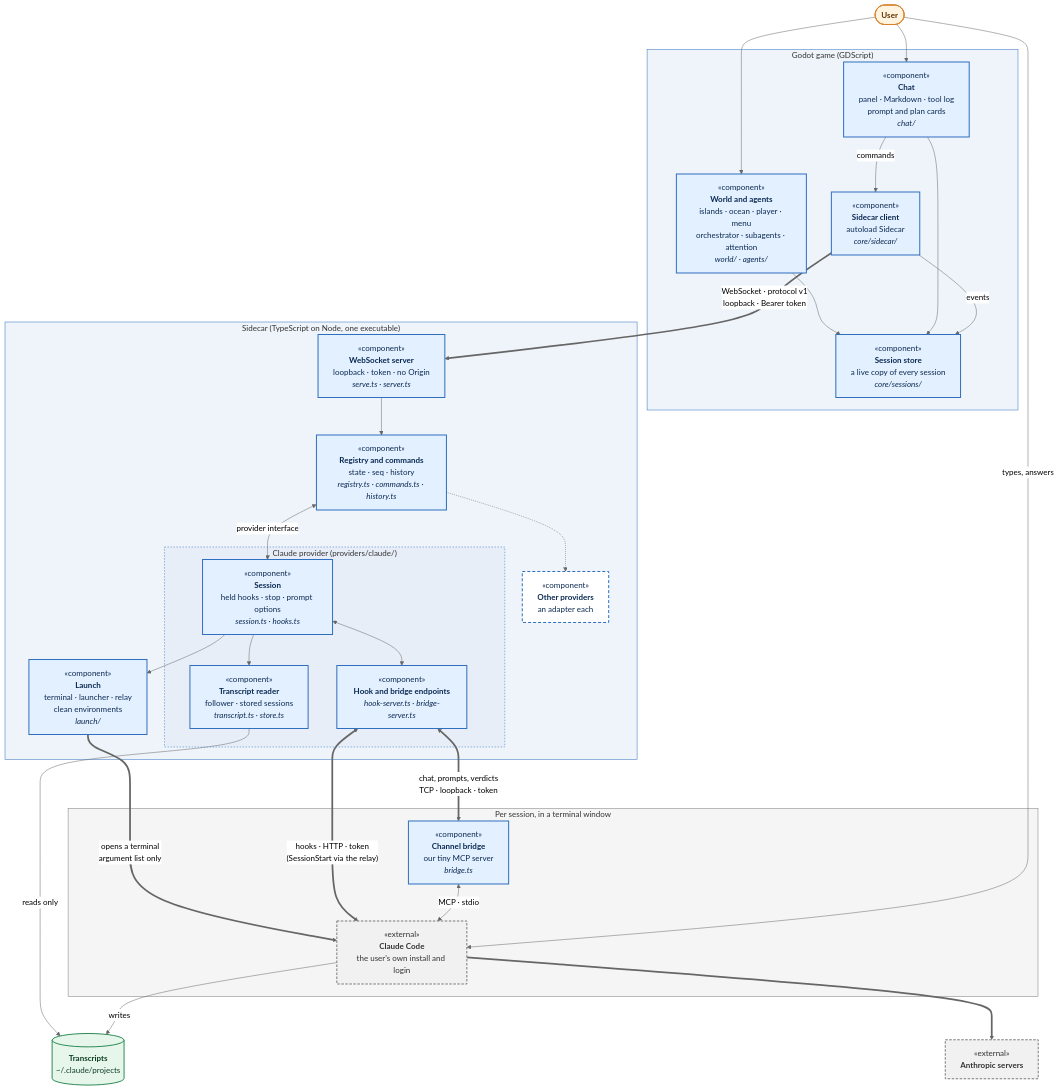
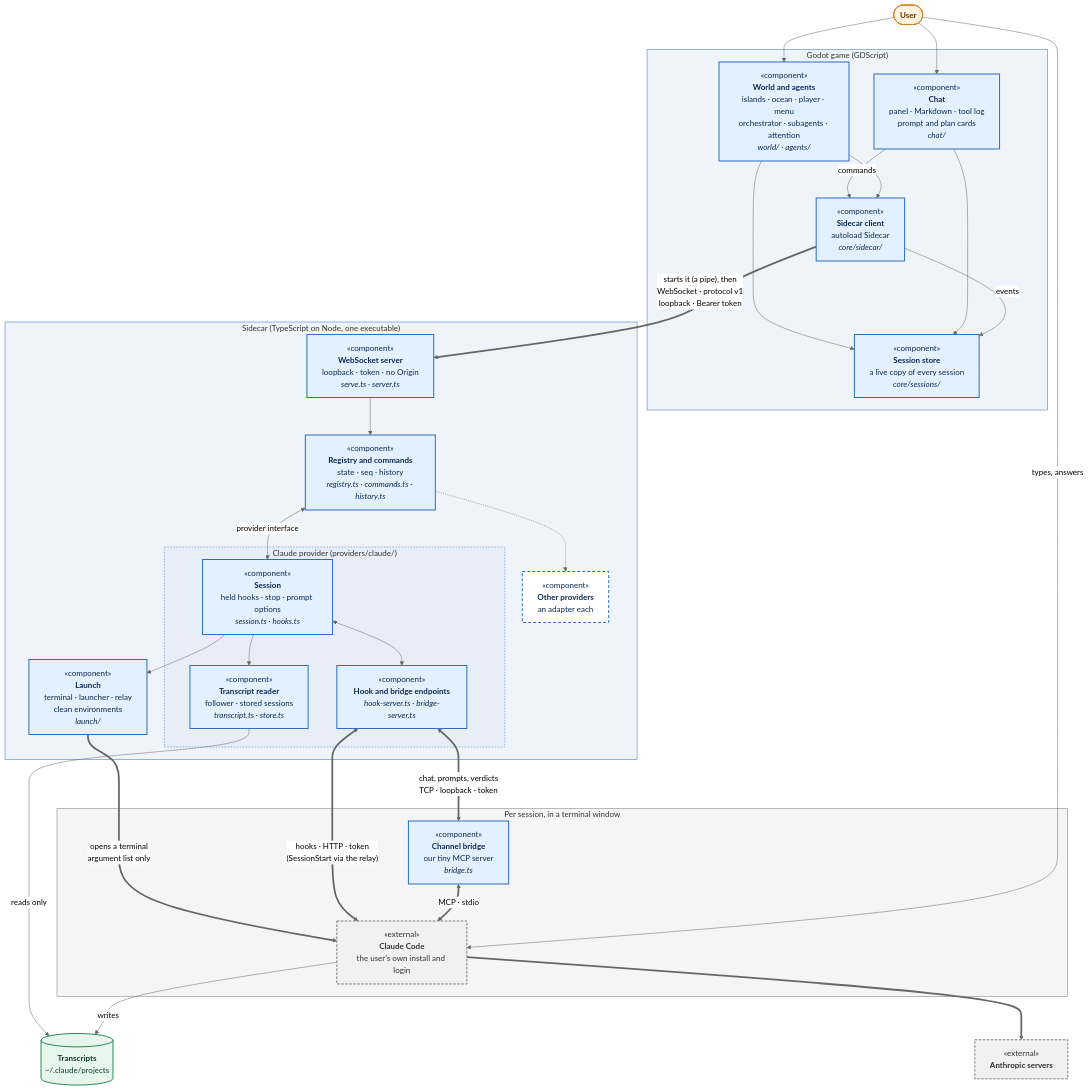
Before and after one commit to PaoloPortugal/The-Beach: the diagram in NOTES.md, drawn with Mermaid (neutral theme). The commit also changed other lines of this file and 4 other files, not shown here.

First line of the commit message:
Diagrams: fixes from docs-sync

````diff
--- a/NOTES.md
+++ b/NOTES.md
@@ -131,67 +131,68 @@
 ```mermaid
 flowchart TB
     user(["<b>User</b>"]):::actor
 
     subgraph game["Godot game (GDScript)"]
         world["«component»<br/><b>World and agents</b><br/>islands · ocean · player · menu<br/>orchestrator · subagents · attention<br/><i>world/ · agents/</i>"]:::component
         chat["«component»<br/><b>Chat</b><br/>panel · Markdown · tool log<br/>prompt and plan cards<br/><i>chat/</i>"]:::component
         store["«component»<br/><b>Session store</b><br/>a live copy of every session<br/><i>core/sessions/</i>"]:::component
         client["«component»<br/><b>Sidecar client</b><br/>autoload Sidecar<br/><i>core/sidecar/</i>"]:::component
     end
 
     subgraph sidecar["Sidecar (TypeScript on Node, one executable)"]
         ws["«component»<br/><b>WebSocket server</b><br/>loopback · token · no Origin<br/><i>serve.ts · server.ts</i>"]:::component
         registry["«component»<br/><b>Registry and commands</b><br/>state · seq · history<br/><i>registry.ts · commands.ts · history.ts</i>"]:::component
         subgraph sc_claude["Claude provider (providers/claude/)"]
             session["«component»<br/><b>Session</b><br/>held hooks · stop · prompt options<br/><i>session.ts · hooks.ts</i>"]:::component
             endpoints["«component»<br/><b>Hook and bridge endpoints</b><br/><i>hook-server.ts · bridge-server.ts</i>"]:::component
             reader["«component»<br/><b>Transcript reader</b><br/>follower · stored sessions<br/><i>transcript.ts · store.ts</i>"]:::component
         end
         other["«component»<br/><b>Other providers</b><br/>an adapter each"]:::planned
         launch["«component»<br/><b>Launch</b><br/>terminal · launcher · relay<br/>clean environments<br/><i>launch/</i>"]:::component
     end
 
     subgraph per_session["Per session, in a terminal window"]
         claude["«external»<br/><b>Claude Code</b><br/>the user's own install and login"]:::external
         bridge["«component»<br/><b>Channel bridge</b><br/>our tiny MCP server<br/><i>bridge.ts</i>"]:::component
     end
 
     transcripts[("<b>Transcripts</b><br/>~/.claude/projects")]:::database
     anthropic["«external»<br/><b>Anthropic servers</b>"]:::external
 
     user --> world
     user --> chat
     world --> store
     chat --> store
     chat -->|commands| client
+    world --> client
     client -->|events| store
 
-    client ==>|"WebSocket · protocol v1<br/>loopback · Bearer token"| ws
+    client ==>|"starts it (a pipe), then<br/>WebSocket · protocol v1<br/>loopback · Bearer token"| ws
     ws --> registry
     registry <-->|"provider interface"| session
     registry -.-> other
     session <--> endpoints
     session --> reader
     session --> launch
 
     launch ==>|"opens a terminal<br/>argument list only"| claude
     endpoints <==>|"hooks · HTTP · token<br/>(SessionStart via the relay)"| claude
     endpoints <==>|"chat, prompts, verdicts<br/>TCP · loopback · token"| bridge
-    bridge <-->|"MCP · stdio"| claude
+    bridge <==>|"MCP · stdio"| claude
     user -->|"types, answers"| claude
 
     reader -->|"reads only"| transcripts
     claude -->|writes| transcripts
     claude ==> anthropic
 
     classDef actor fill:#fff4e0,stroke:#d9822b,stroke-width:2px,color:#5a3200
     classDef component fill:#e3f0ff,stroke:#2f6fbf,stroke-width:2px,color:#0b2a52
     classDef planned fill:#ffffff,stroke:#2f6fbf,stroke-width:2px,stroke-dasharray:6 4,color:#0b2a52
     classDef external fill:#f1f1f1,stroke:#7a7a7a,stroke-width:2px,stroke-dasharray:5 3,color:#333333
     classDef database fill:#e6f6ea,stroke:#2e8b57,stroke-width:2px,color:#0f3d24
 
     style game fill:#2f6fbf14,stroke:#2f6fbf,stroke-width:1px
     style sidecar fill:#2f6fbf14,stroke:#2f6fbf,stroke-width:1px
     style sc_claude fill:#2f6fbf0a,stroke:#2f6fbf,stroke-width:1px,stroke-dasharray:3 3
     style per_session fill:#80808014,stroke:#7a7a7a,stroke-width:1px
 ```
````
